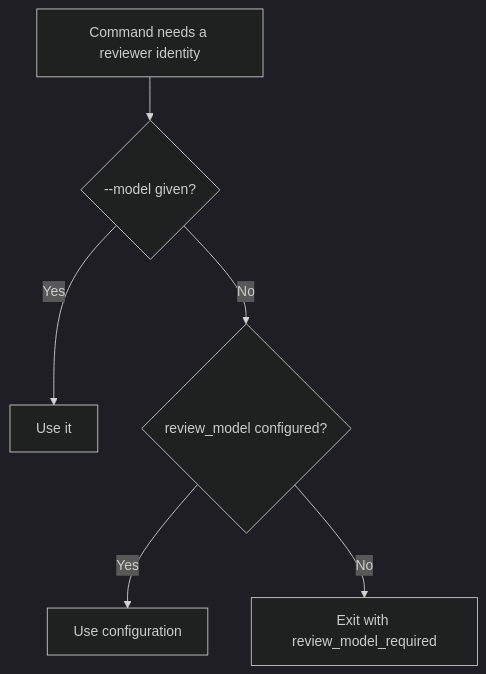
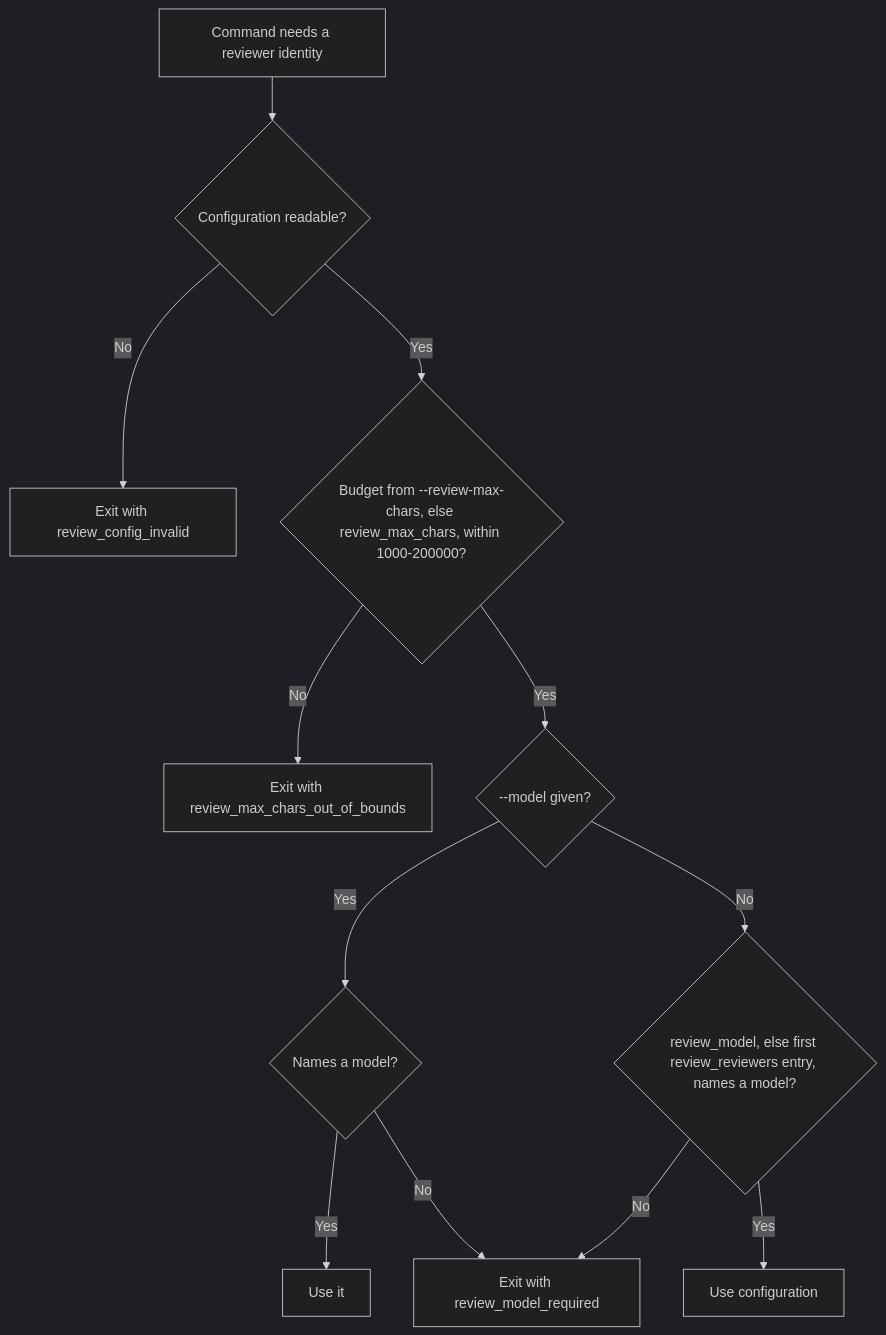
One commit to julien-m/livespec changed the diagram in .specs/features/093-configured-review-identity/spec.md. Above: the diagram before and after it, drawn with Mermaid (dark theme). The commit also changed other lines of this file and 7 other files, not shown here.

````diff
--- a/.specs/features/093-configured-review-identity/spec.md
+++ b/.specs/features/093-configured-review-identity/spec.md
@@ -45,8 +45,14 @@
 ```mermaid
 flowchart TD
-    A[Command needs a reviewer identity] --> B{--model given?}
-    B -- Yes --> C[Use it]
-    B -- No --> D{review_model configured?}
+    A[Command needs a reviewer identity] --> R{Configuration readable?}
+    R -- No --> X[Exit with review_config_invalid]
+    R -- Yes --> G{Budget from --review-max-chars, else review_max_chars, within 1000-200000?}
+    G -- No --> Y[Exit with review_max_chars_out_of_bounds]
+    G -- Yes --> B{--model given?}
+    B -- Yes --> N{Names a model?}
+    N -- Yes --> C[Use it]
+    N -- No --> F[Exit with review_model_required]
+    B -- No --> D{review_model, else first review_reviewers entry, names a model?}
     D -- Yes --> E[Use configuration]
-    D -- No --> F[Exit with review_model_required]
+    D -- No --> F
 ```
````
